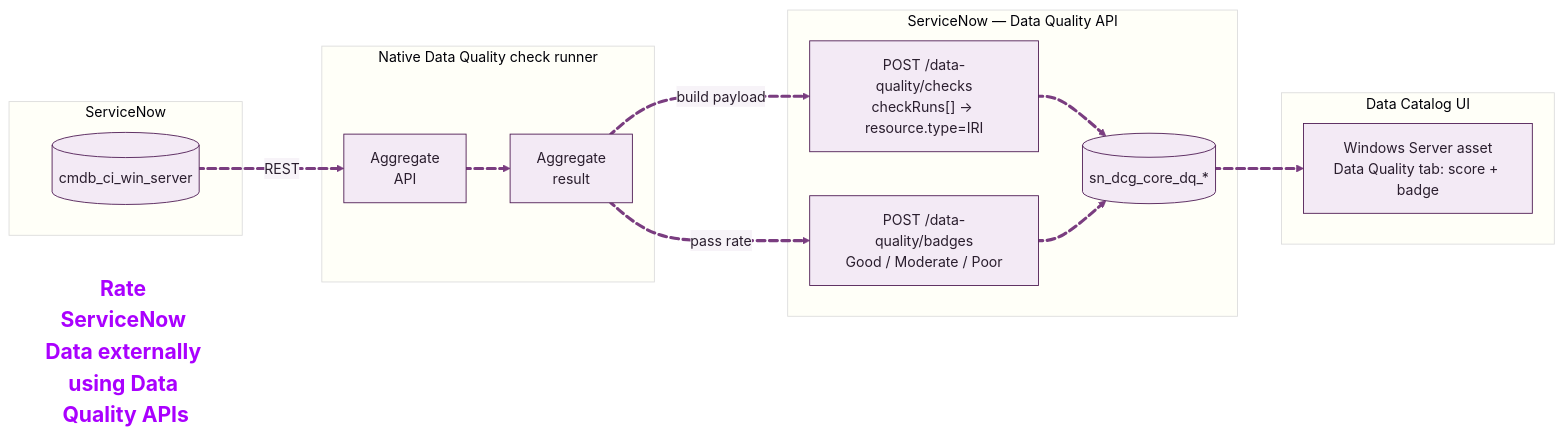
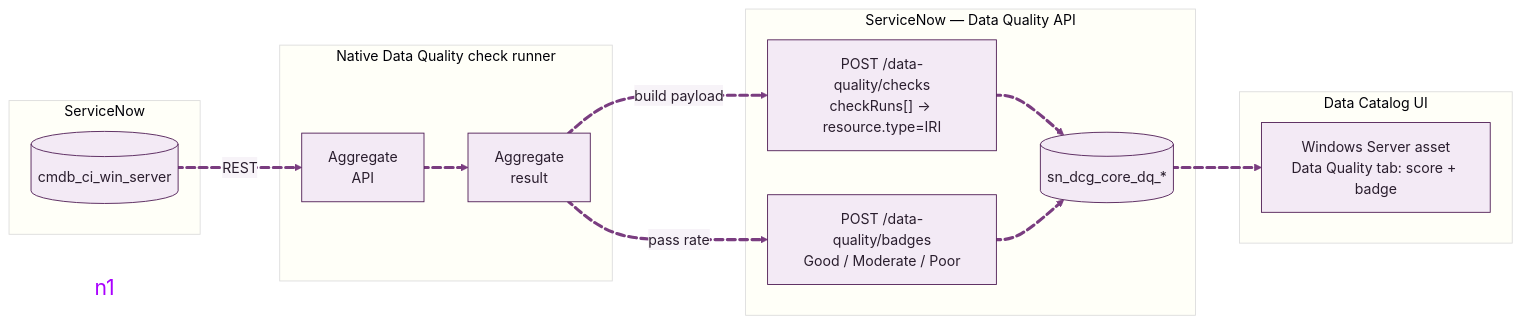
One commit to leojacinto/data-catalog changed the diagram in LOCAL-CATALOG.md. Above: the diagram before and after it, drawn with Mermaid.

````diff
--- a/LOCAL-CATALOG.md
+++ b/LOCAL-CATALOG.md
@@ -131,54 +131,53 @@
 ```mermaid
 ---
 config:
   theme: base
   themeVariables:
     primaryColor: '#f3eaf5'
     primaryTextColor: '#2a1e2e'
     primaryBorderColor: '#4d1a52'
     lineColor: '#7a3d80'
     secondaryColor: '#e2d0e5'
     tertiaryColor: '#FFFFF8'
     clusterBkg: '#FFFFF8'
     clusterBorder: '#dcdcdc'
     edgeLabelBackground: '#f7f3f8'
     fontFamily: '''Open Sans Variable'', sans-serif'
   fontFamily: '''Open Sans Variable'', sans-serif'
   layout: fixed
 ---
 flowchart LR
  subgraph SN1["ServiceNow"]
         A[("cmdb_ci_win_server")]
   end
  subgraph EXT["Native Data Quality check runner"]
         B["Aggregate<br>API"]
         F["Aggregate<br>result"]
   end
  subgraph SN2["ServiceNow — Data Quality API"]
         G["POST /data-quality/checks<br>checkRuns[] → resource.type=IRI"]
         H["POST /data-quality/badges<br>Good / Moderate / Poor"]
         I[("sn_dcg_core_dq_*")]
   end
  subgraph SN3["Data Catalog UI"]
         J["Windows Server asset<br>Data Quality tab: score + badge"]
   end
     A L_A_B_0@== REST ==> B
     B L_B_F_0@==> F
     F L_F_G_0@== build payload ==> G
     G L_G_I_0@==> I
     F L_F_H_0@== pass rate ==> H
     H L_H_I_0@==> I
     I L_I_J_0@==> J
-    n1["`**Rate ServiceNow Data externally using Data Quality APIs**`"]
 
     n1@{ shape: text}
     style n1 font-size:24px,fill:transparent,color:#AA00FF
 
     L_A_B_0@{ animation: fast } 
     L_B_F_0@{ animation: fast } 
     L_F_G_0@{ animation: fast } 
     L_G_I_0@{ animation: fast } 
     L_F_H_0@{ animation: fast } 
     L_H_I_0@{ animation: fast } 
     L_I_J_0@{ animation: fast }
 ```
````
